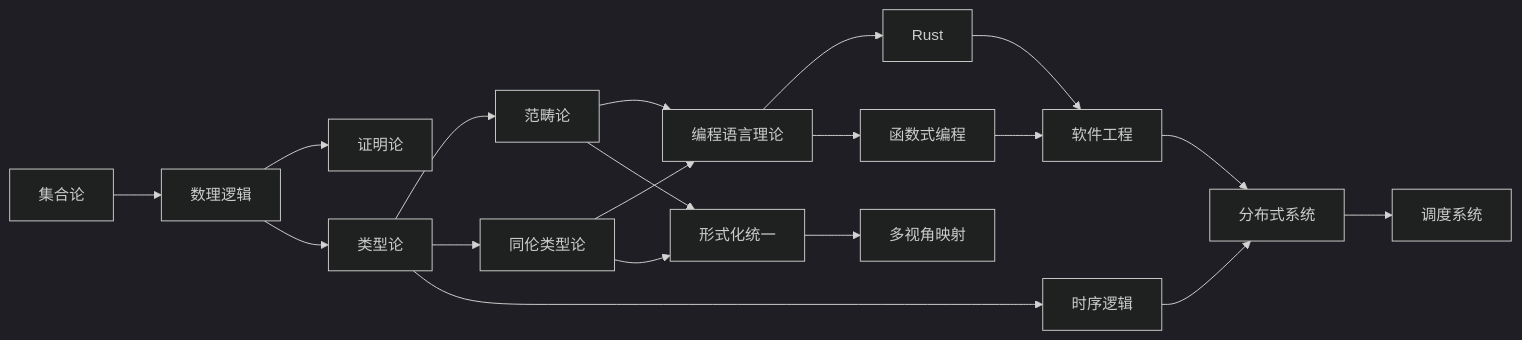
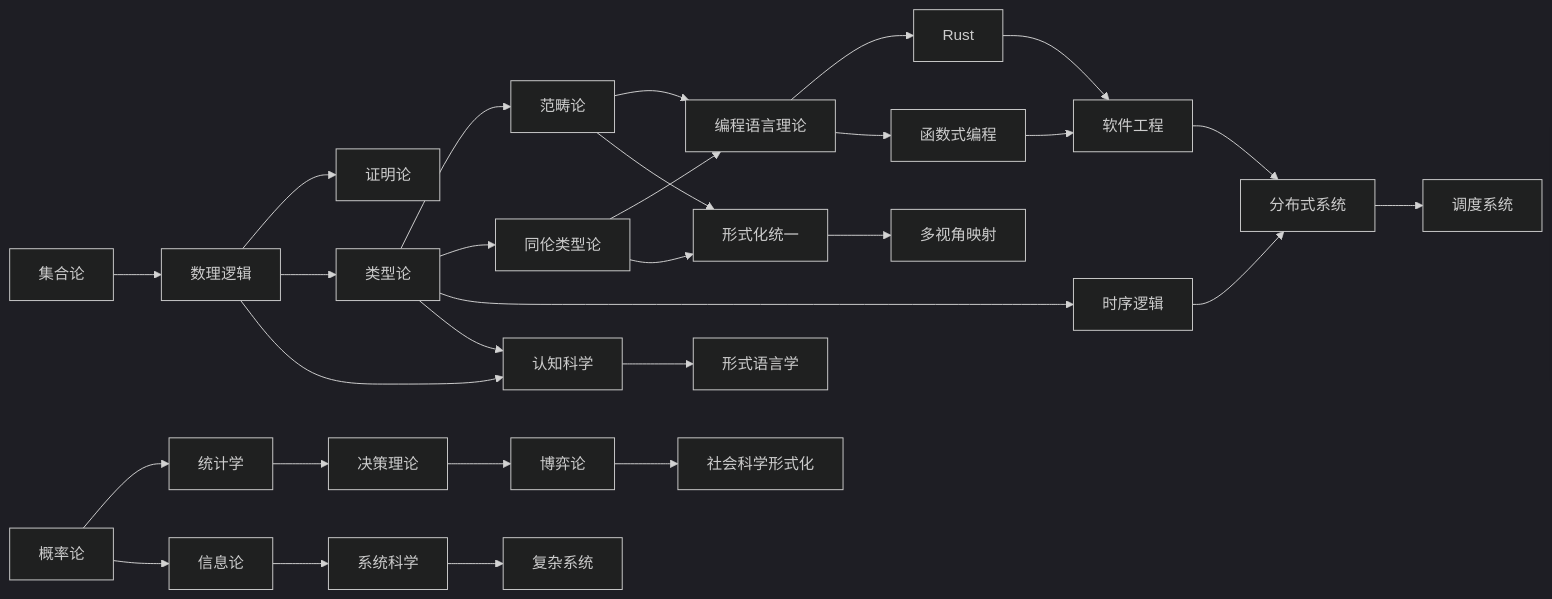
The seventh of 9 diagrams in docs/Refactor/00_MAP.md (AdaMartin18010/FormalScience), drawn with Mermaid (dark theme) before and after one commit. The commit also changed other lines of this file and 140 other files, not shown here.

````diff
--- a/docs/Refactor/00_MAP.md
+++ b/docs/Refactor/00_MAP.md
@@ -307,21 +462,33 @@
 ```mermaid
 graph LR
     A[集合论] --> B[数理逻辑]
     B --> C[证明论]
     B --> D[类型论]
     D --> E[范畴论]
     D --> F[同伦类型论]
     E --> G[编程语言理论]
     F --> G
     G --> H[Rust]
     G --> I[函数式编程]
     H --> J[软件工程]
     I --> J
     D --> K[时序逻辑]
     K --> L[分布式系统]
     J --> L
     L --> M[调度系统]
     F --> N[形式化统一]
     E --> N
     N --> O[多视角映射]
+    
+    %% 新增路径
+    P[概率论] --> Q[统计学]
+    P --> R[信息论]
+    Q --> S[决策理论]
+    R --> T[系统科学]
+    S --> U[博弈论]
+    T --> V[复杂系统]
+    U --> W[社会科学形式化]
+    B --> X[认知科学]
+    D --> X
+    X --> Y[形式语言学]
 ```
````
